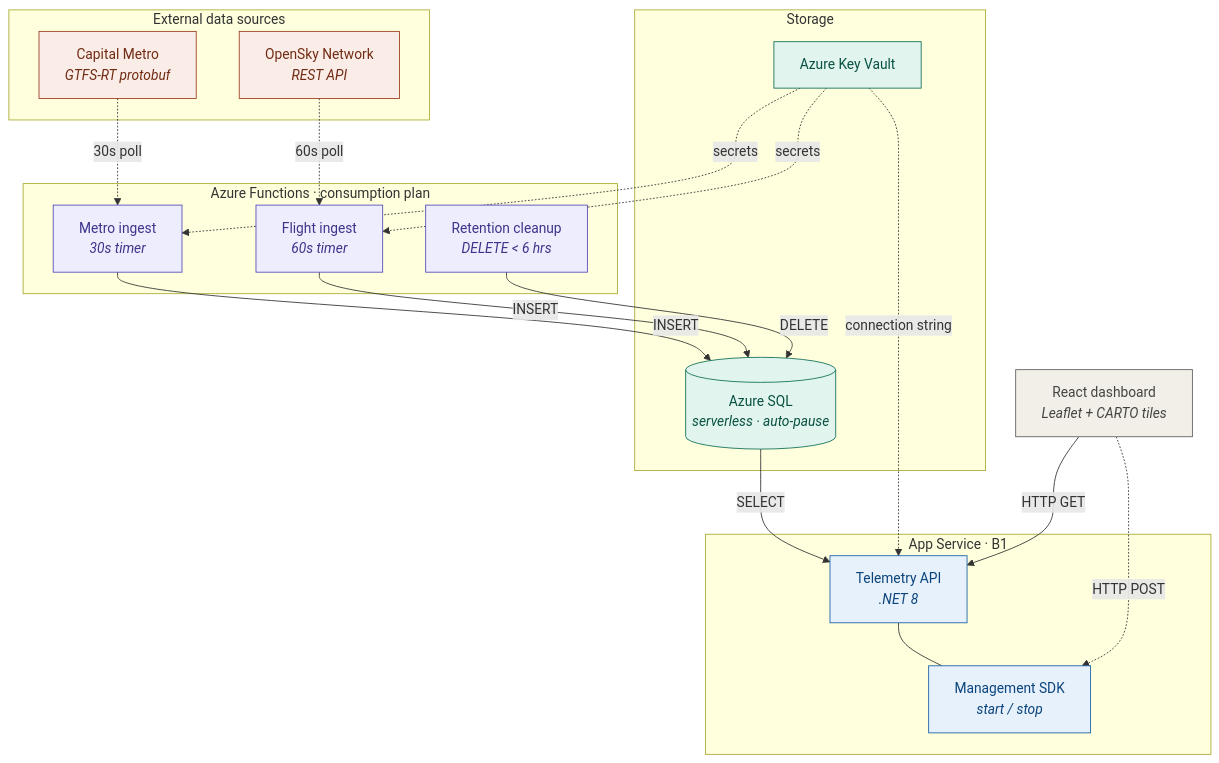
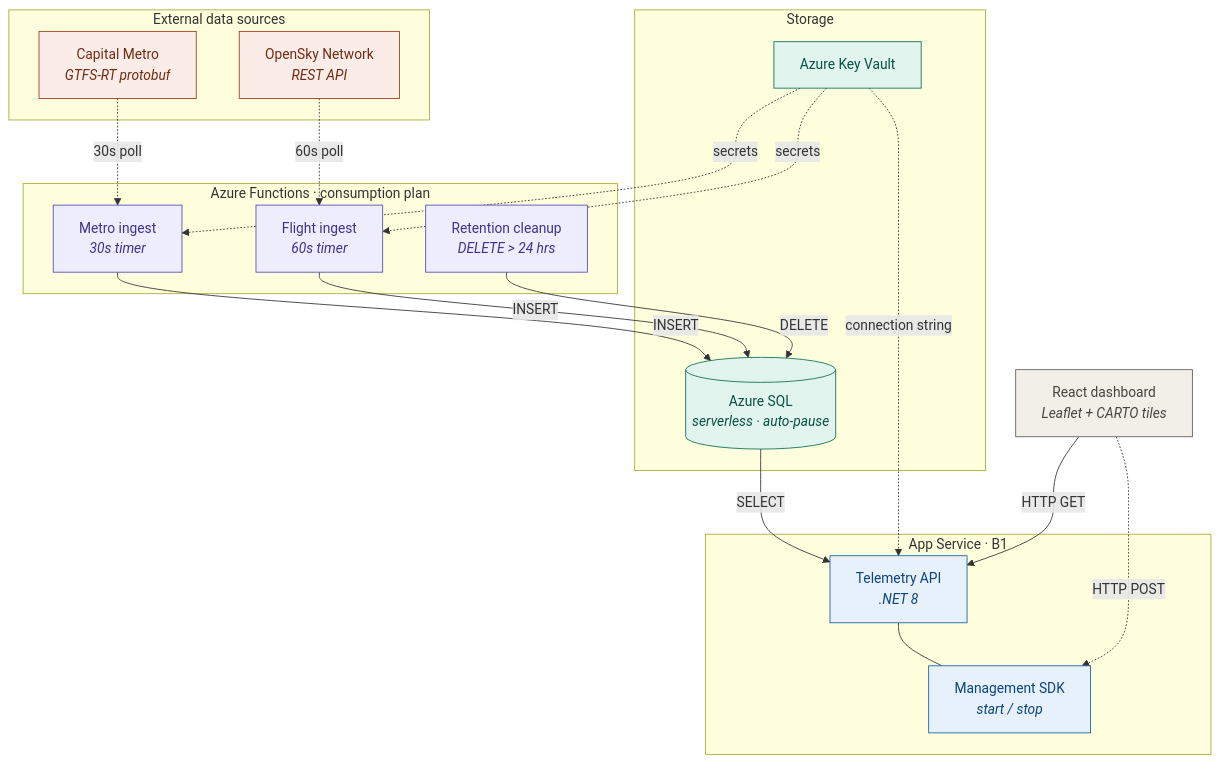
The diagram in docs/architecture-decisions.md (tonyperkins/azure-telemetry-platform), drawn with Mermaid before and after one commit. The commit also changed 8 other files, not shown here.

````diff
--- a/docs/architecture-decisions.md
+++ b/docs/architecture-decisions.md
@@ -10,54 +10,54 @@
 ```mermaid
 flowchart TD
     subgraph sources ["External data sources"]
         CM["Capital Metro\n<i>GTFS-RT protobuf</i>"]
         OS["OpenSky Network\n<i>REST API</i>"]
     end
 
     subgraph functions ["Azure Functions · consumption plan"]
         MI["Metro ingest\n<i>30s timer</i>"]
         FI["Flight ingest\n<i>60s timer</i>"]
-        RC["Retention cleanup\n<i>DELETE &lt; 6 hrs</i>"]
+        RC["Retention cleanup\n<i>DELETE &gt; 24 hrs</i>"]
     end
 
     subgraph appservice ["App Service · B1"]
         API["Telemetry API\n<i>.NET 8</i>"]
         ARM["Management SDK\n<i>start / stop</i>"]
     end
 
     subgraph storage ["Storage"]
         SQL[("Azure SQL\n<i>serverless · auto-pause</i>")]
         KV["Azure Key Vault"]
     end
 
     DASH["React dashboard\n<i>Leaflet + CARTO tiles</i>"]
 
     CM -. "30s poll" .-> MI
     OS -. "60s poll" .-> FI
 
     MI -- "INSERT" --> SQL
     FI -- "INSERT" --> SQL
     RC -- "DELETE" --> SQL
 
     SQL -- "SELECT" --> API
     API --- ARM
 
     DASH -- "HTTP GET" --> API
     DASH -. "HTTP POST" .-> ARM
 
     KV -. "secrets" .-> MI
     KV -. "secrets" .-> FI
     KV -. "connection string" .-> API
 
     classDef external fill:#FAECE7,stroke:#993C1D,color:#712B13
     classDef ingest fill:#EEEDFE,stroke:#534AB7,color:#3C3489
     classDef store fill:#E1F5EE,stroke:#0F6E56,color:#085041
     classDef api fill:#E6F1FB,stroke:#185FA5,color:#0C447C
     classDef frontend fill:#F1EFE8,stroke:#5F5E5A,color:#444441
 
     class CM,OS external
     class MI,FI,RC ingest
     class SQL,KV store
     class API,ARM api
     class DASH frontend
 ```
````
